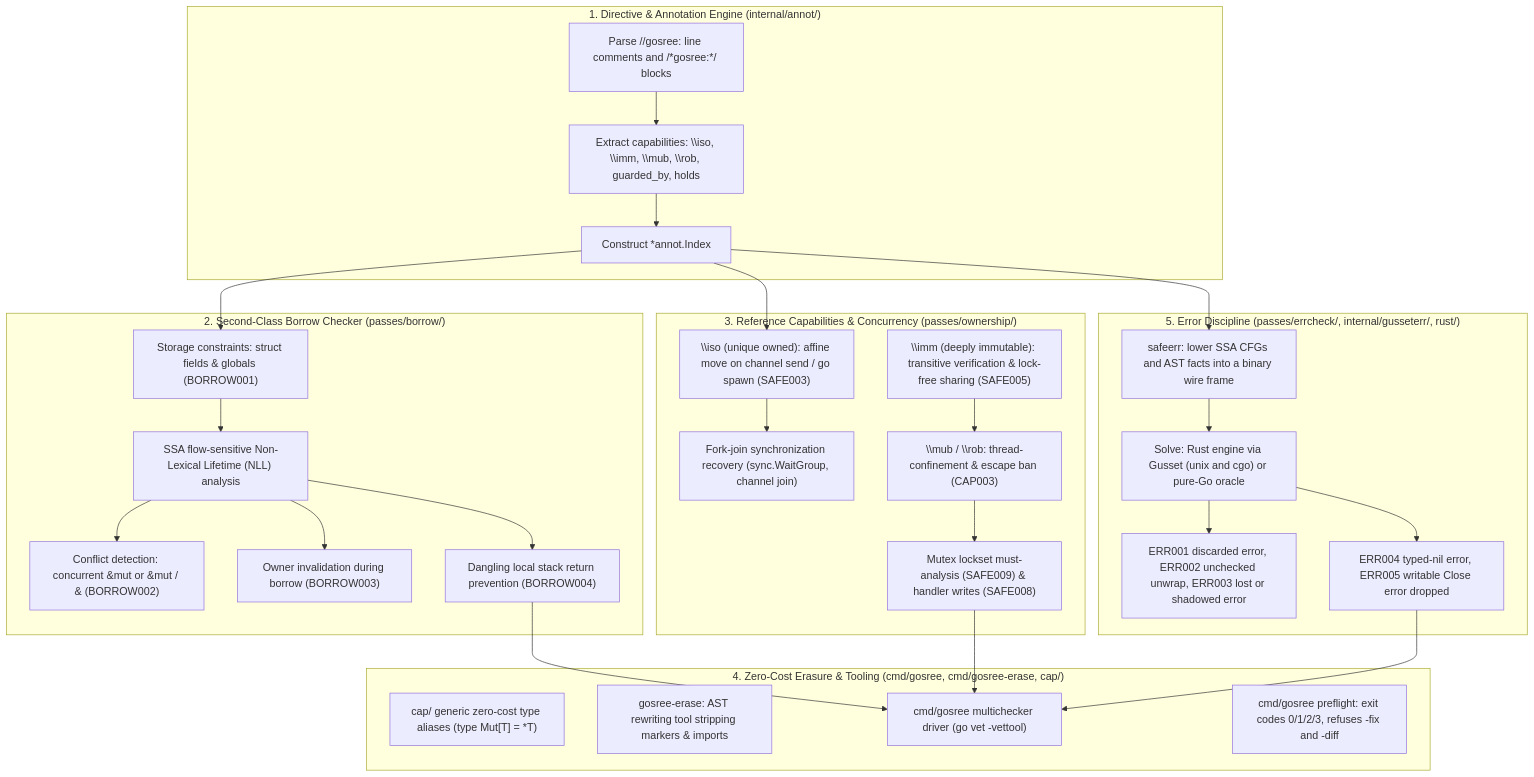
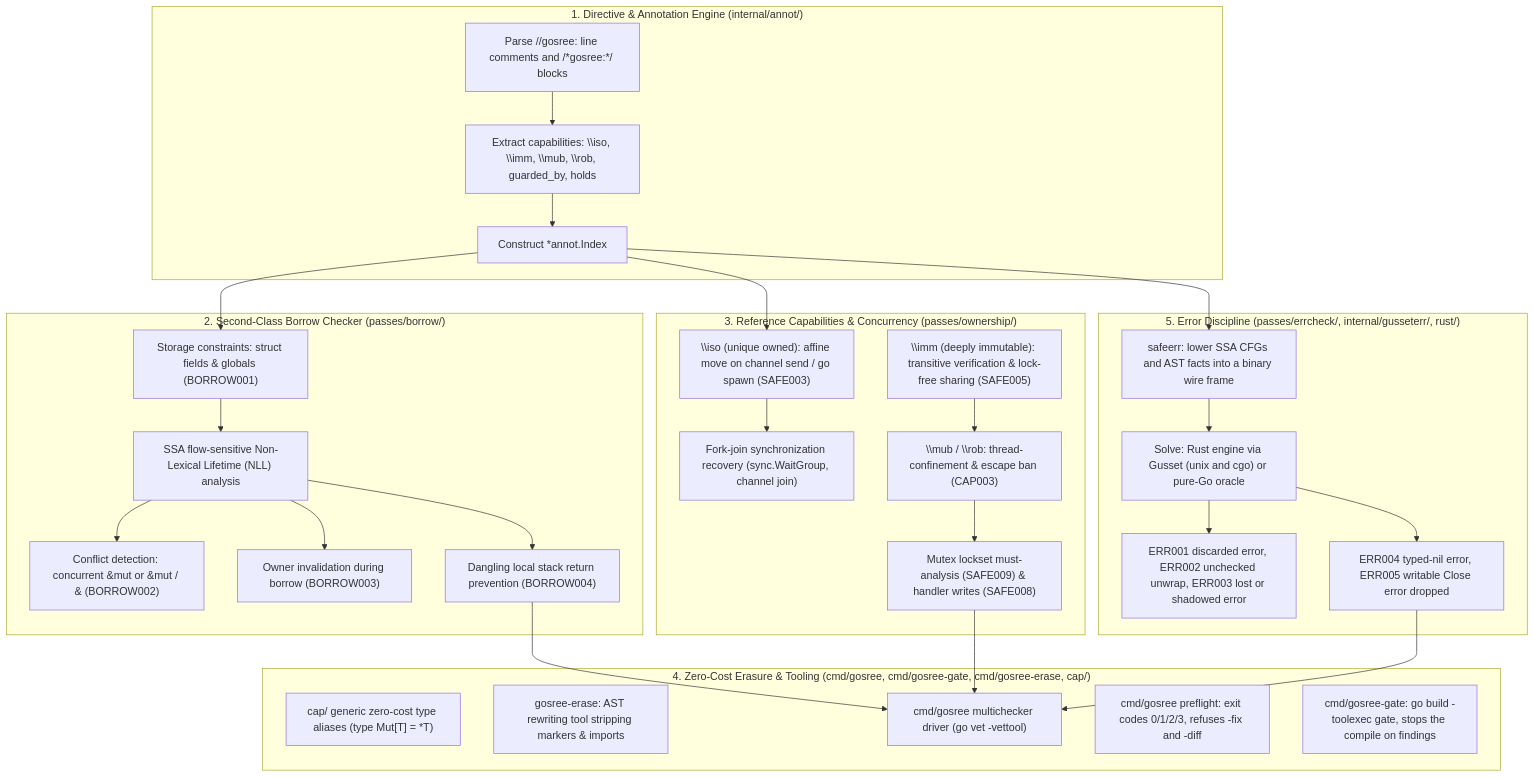
Before and after one commit to bharathvbcr/GoSree: the diagram in PROJECT.md, drawn with Mermaid. The commit also changed other lines of this file and 3 other files, not shown here.

First line of the commit message:
docs: document cmd/gosree-gate build gate and update README stress ledger

````diff
--- a/PROJECT.md
+++ b/PROJECT.md
@@ -20,50 +20,51 @@
 ```mermaid
 flowchart TD
     subgraph Directives ["1. Directive & Annotation Engine (internal/annot/)"]
         D1["Parse //gosree: line comments and /*gosree:*/ blocks"]
         D2["Extract capabilities: \\iso, \\imm, \\mub, \\rob, guarded_by, holds"]
         D3["Construct *annot.Index"]
         D1 --> D2 --> D3
     end
 
     subgraph Borrows ["2. Second-Class Borrow Checker (passes/borrow/)"]
         B1["Storage constraints: struct fields & globals (BORROW001)"]
         B2["SSA flow-sensitive Non-Lexical Lifetime (NLL) analysis"]
         B3["Conflict detection: concurrent &mut or &mut / & (BORROW002)"]
         B4["Owner invalidation during borrow (BORROW003)"]
         B5["Dangling local stack return prevention (BORROW004)"]
         B1 --> B2 --> B3 & B4 & B5
     end
 
     subgraph Ownership ["3. Reference Capabilities & Concurrency (passes/ownership/)"]
         O1["\\iso (unique owned): affine move on channel send / go spawn (SAFE003)"]
         O2["Fork-join synchronization recovery (sync.WaitGroup, channel join)"]
         O3["\\imm (deeply immutable): transitive verification & lock-free sharing (SAFE005)"]
         O4["\\mub / \\rob: thread-confinement & escape ban (CAP003)"]
         O5["Mutex lockset must-analysis (SAFE009) & handler writes (SAFE008)"]
         O1 --> O2
         O3 --> O4 --> O5
     end
 
-    subgraph Toolchain ["4. Zero-Cost Erasure & Tooling (cmd/gosree, cmd/gosree-erase, cap/)"]
+    subgraph Toolchain ["4. Zero-Cost Erasure & Tooling (cmd/gosree, cmd/gosree-gate, cmd/gosree-erase, cap/)"]
         T1["cap/ generic zero-cost type aliases (type Mut[T] = *T)"]
         T2["gosree-erase: AST rewriting tool stripping markers & imports"]
         T3["cmd/gosree multichecker driver (go vet -vettool)"]
         T4["cmd/gosree preflight: exit codes 0/1/2/3, refuses -fix and -diff"]
+        T5["cmd/gosree-gate: go build -toolexec gate, stops the compile on findings"]
     end
 
     subgraph Errors ["5. Error Discipline (passes/errcheck/, internal/gusseterr/, rust/)"]
         E1["safeerr: lower SSA CFGs and AST facts into a binary wire frame"]
         E2["Solve: Rust engine via Gusset (unix and cgo) or pure-Go oracle"]
         E3["ERR001 discarded error, ERR002 unchecked unwrap, ERR003 lost or shadowed error"]
         E4["ERR004 typed-nil error, ERR005 writable Close error dropped"]
         E1 --> E2 --> E3 & E4
     end
 
     D3 --> B1
     D3 --> O1
     D3 --> E1
     B5 --> T3
     O5 --> T3
     E4 --> T3
 ```
````
